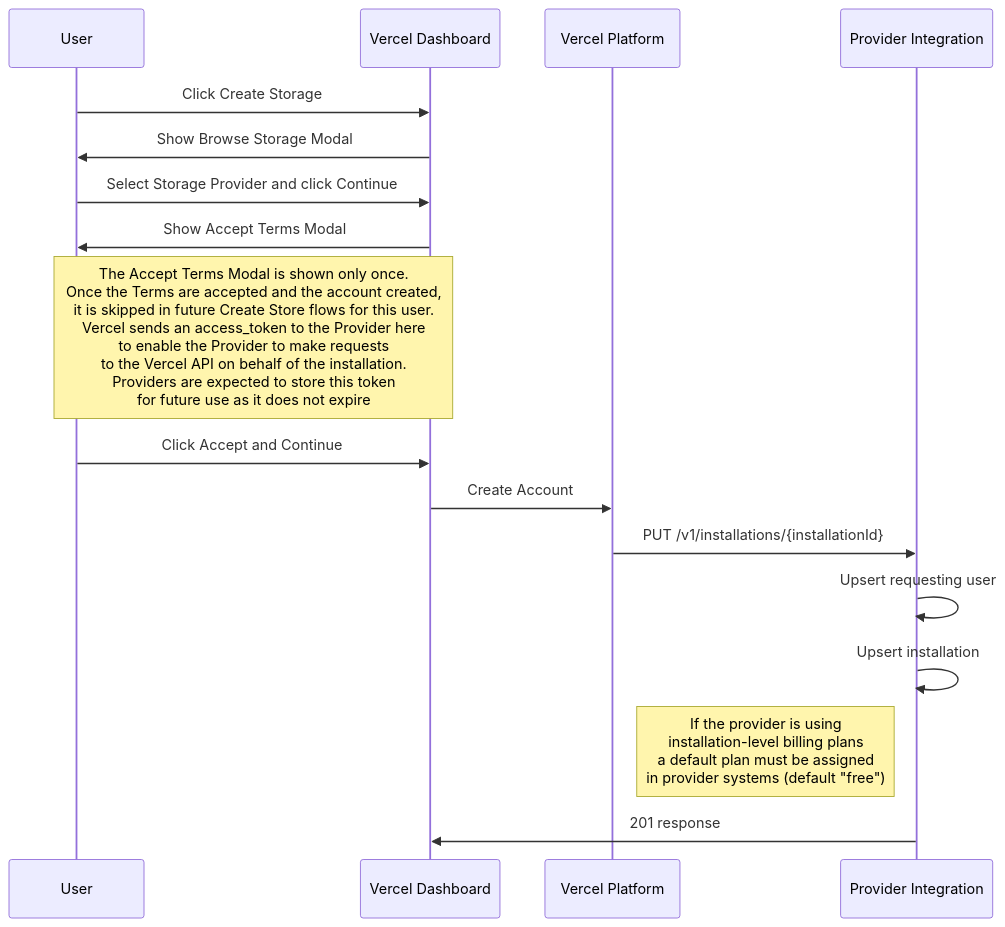
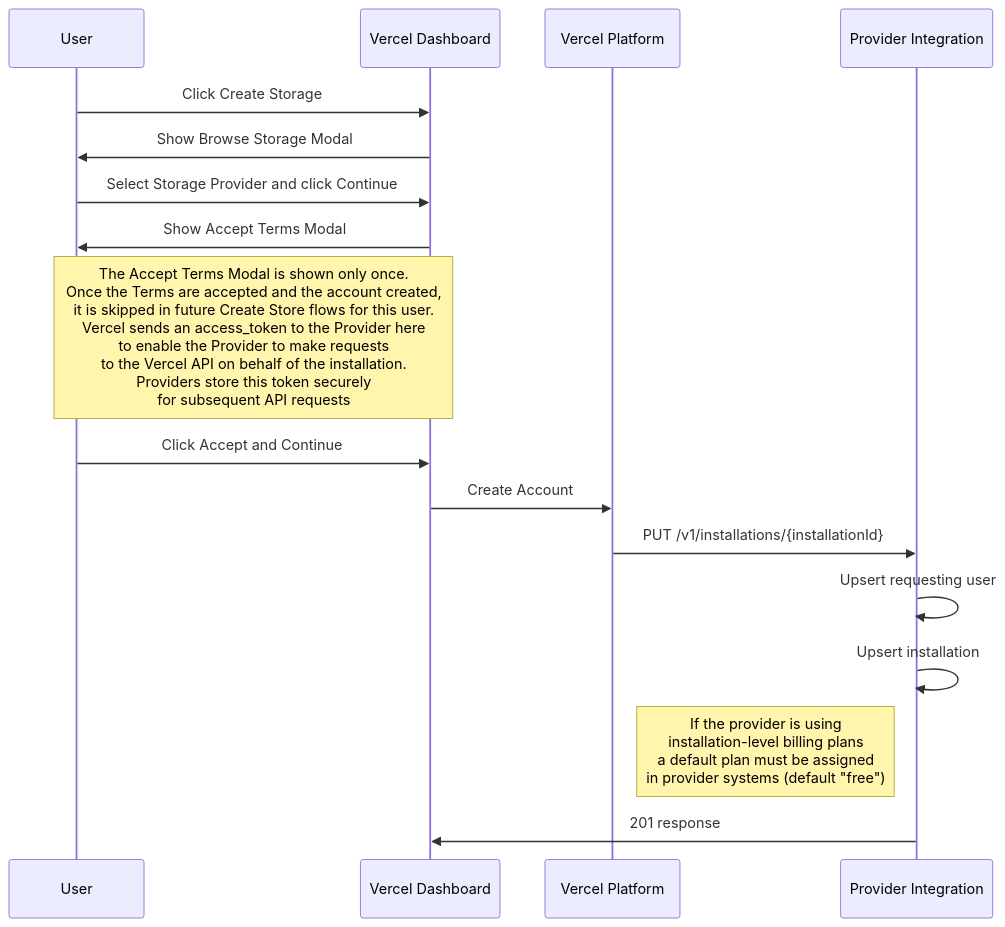
One commit to joeblackwaslike/agent-skills changed the second of 14 diagrams in skills/working-with-vercel/references/docs__integrations__create-integration__marketplace-flows.md. Above: the diagram before and after it, drawn with Mermaid. The commit also changed other lines of this file and 1294 other files, not shown here.

````diff
--- a/skills/working-with-vercel/references/docs__integrations__create-integration__marketplace-flows.md
+++ b/skills/working-with-vercel/references/docs__integrations__create-integration__marketplace-flows.md
@@ -92,19 +92,19 @@
 ```mermaid
 sequenceDiagram
     participant User
     participant Vercel Dashboard
     participant Vercel Platform
     participant Provider Integration
     User->>Vercel Dashboard: Click Create Storage
     Vercel Dashboard->>User: Show Browse Storage Modal
     User->>Vercel Dashboard: Select Storage Provider and click Continue
     Vercel Dashboard->>User: Show Accept Terms Modal
-    Note over User,Vercel Dashboard: The Accept Terms Modal is shown only once. <br>Once the Terms are accepted and the account created,<br>it is skipped in future Create Store flows for this user.<br>Vercel sends an access_token to the Provider here<br>to enable the Provider to make requests<br> to the Vercel API on behalf of the installation.<br>Providers are expected to store this token<br> for future use as it does not expire
+    Note over User,Vercel Dashboard: The Accept Terms Modal is shown only once. <br>Once the Terms are accepted and the account created,<br>it is skipped in future Create Store flows for this user.<br>Vercel sends an access_token to the Provider here<br>to enable the Provider to make requests<br> to the Vercel API on behalf of the installation.<br>Providers store this token securely<br> for subsequent API requests
     User->>Vercel Dashboard: Click Accept and Continue
     Vercel Dashboard->>Vercel Platform: Create Account
     Vercel Platform->>Provider Integration: PUT /v1/installations/{installationId}
     Provider Integration->>Provider Integration: Upsert requesting user
     Provider Integration->>Provider Integration: Upsert installation
     Note left of Provider Integration: If the provider is using<br>installation-level billing plans<br> a default plan must be assigned<br>in provider systems (default "free")
     Provider Integration->>Vercel Dashboard: 201 response
 ```
````
